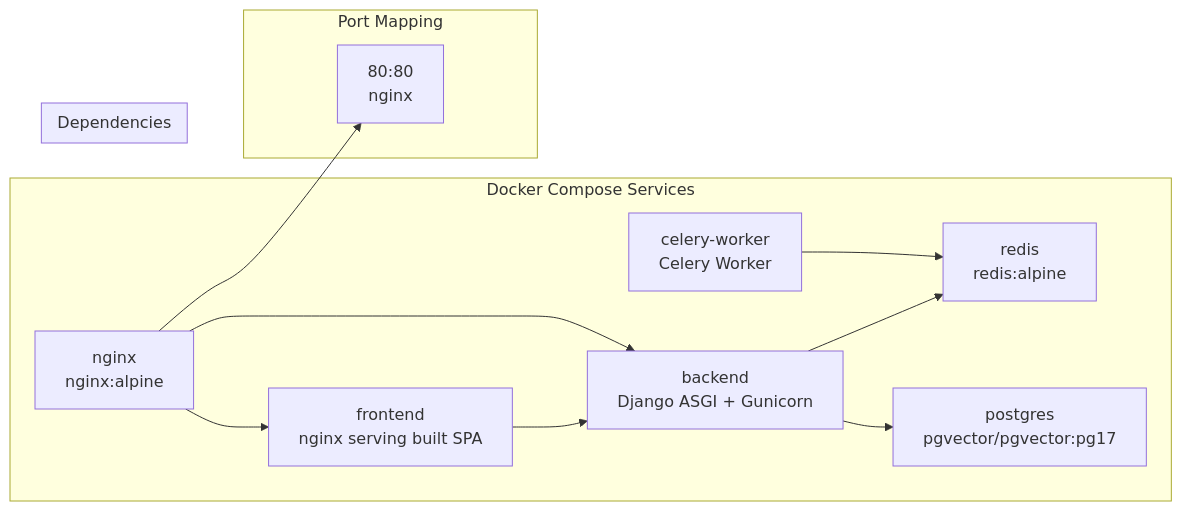
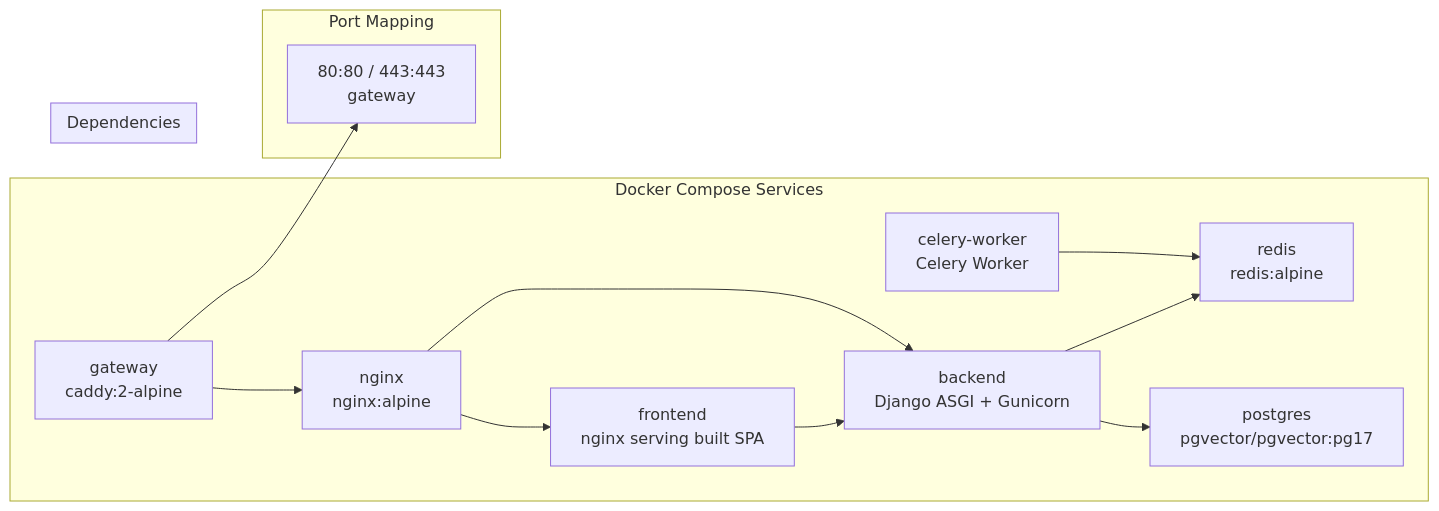
The second of 7 diagrams in docs/design/deployment-diagram.md (yukiharada1228/videoq), drawn with Mermaid before and after one commit. The commit also changed other lines of this file and 12 other files, not shown here.

Commit message:
docs: update system design, sequence diagrams, database schemas, and requirements docs

````diff
--- a/docs/design/deployment-diagram.md
+++ b/docs/design/deployment-diagram.md
@@ -82,33 +86,36 @@
 ```mermaid
 graph LR
     subgraph Services["Docker Compose Services"]
         S1["redis
         redis:alpine"]
         S2["postgres
         pgvector/pgvector:pg17"]
         S3["backend
         Django ASGI + Gunicorn"]
         S4["celery-worker
         Celery Worker"]
         S5["frontend
         nginx serving built SPA"]
         S6["nginx
         nginx:alpine"]
+        S7["gateway
+        caddy:2-alpine"]
     end
 
     subgraph Dependencies["Dependencies"]
         S3 --> S2
         S3 --> S1
         S4 --> S1
         S5 --> S3
         S6 --> S3
         S6 --> S5
+        S7 --> S6
     end
 
     subgraph Ports["Port Mapping"]
-        P1["80:80
-        nginx"]
+        P1["80:80 / 443:443
+        gateway"]
     end
 
-    S6 --> P1
+    S7 --> P1
 ```
````
